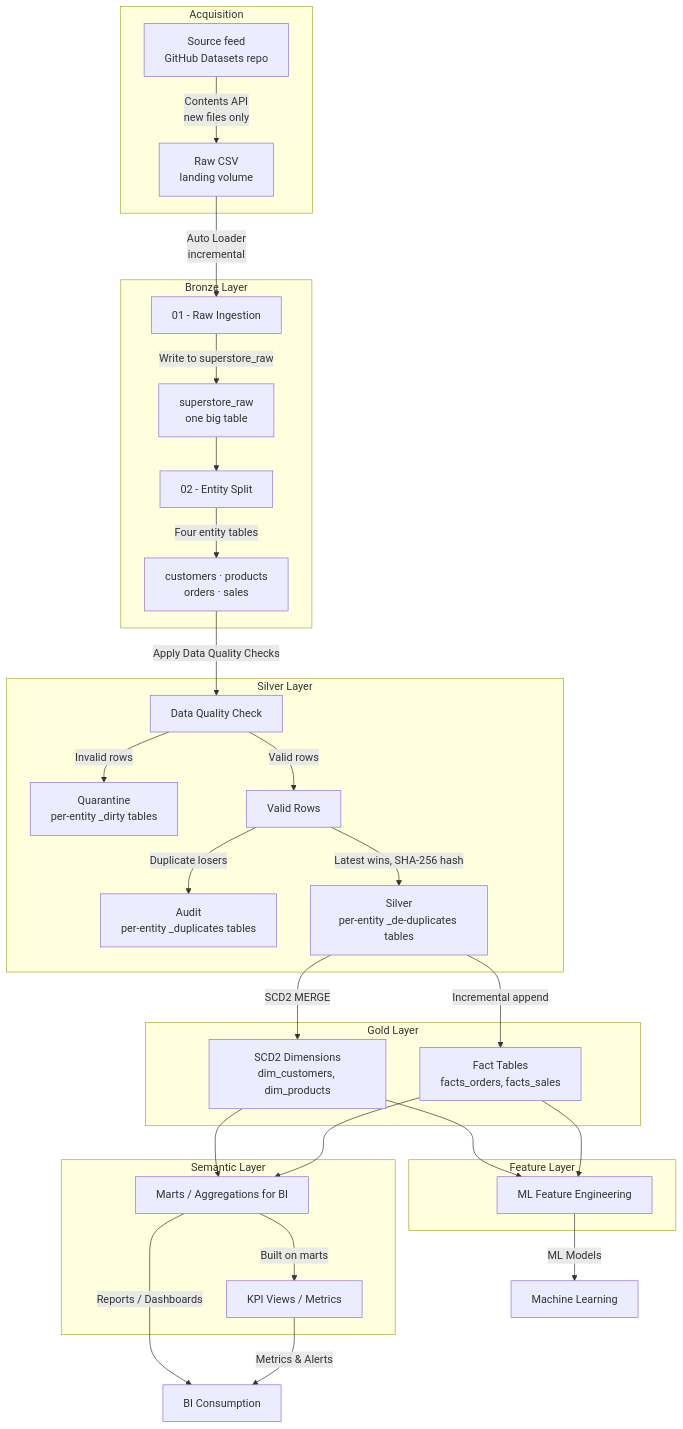
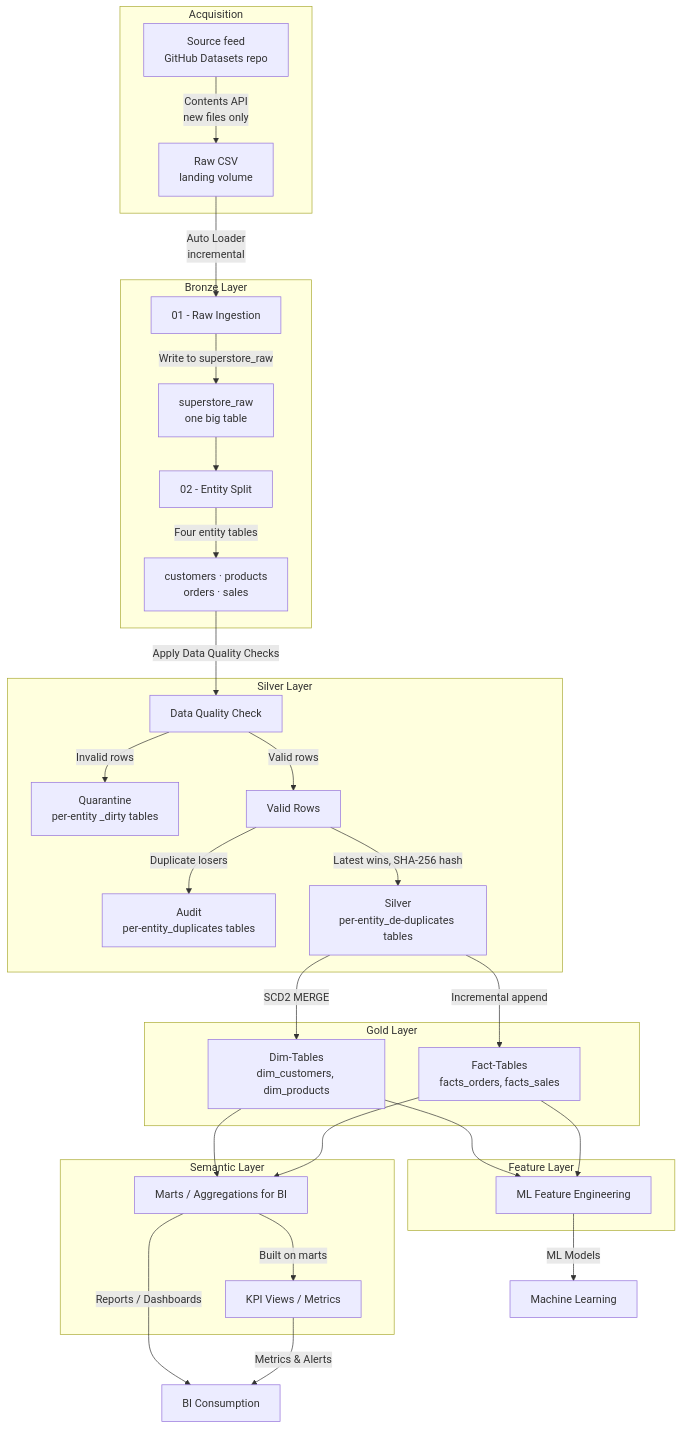
The diagram in README.md (111BM/databricks-lakehouse-platform), drawn with Mermaid before and after one commit.

````diff
--- a/README.md
+++ b/README.md
@@ -15,57 +15,57 @@
 ```mermaid
 flowchart TD
     subgraph ACQ[Acquisition]
         SRC[Source feed<br/>GitHub Datasets repo]
         VOL[Raw CSV<br/>landing volume]
         SRC -->|Contents API<br/>new files only| VOL
     end
 
     subgraph BRONZE[Bronze Layer]
         ING[01 - Raw Ingestion]
         RAW["superstore_raw<br/>one big table"]
         SPLIT[02 - Entity Split]
         ENT["customers · products<br/>orders · sales"]
         ING -->|Write to superstore_raw| RAW
         RAW --> SPLIT
         SPLIT -->|Four entity tables| ENT
     end
 
     subgraph SILVER[Silver Layer]
         DQ[Data Quality Check]
         QUAR["Quarantine<br/>per-entity _dirty tables"]
         GOOD[Valid Rows]
-        AUD["Audit<br/>per-entity _duplicates tables"]
-        SLV["Silver<br/>per-entity _de-duplicates tables"]
+        AUD["Audit<br/>per-entity_duplicates tables"]
+        SLV["Silver<br/>per-entity_de-duplicates tables"]
         DQ -->|Invalid rows| QUAR
         DQ -->|Valid rows| GOOD
         GOOD -->|Duplicate losers| AUD
         GOOD -->|Latest wins, SHA-256 hash| SLV
     end
 
     subgraph GOLD[Gold Layer]
-        DIM["SCD2 Dimensions<br/>dim_customers, dim_products"]
-        FCT["Fact Tables<br/>facts_orders, facts_sales"]
+        DIM["Dim-Tables<br/>dim_customers, dim_products"]
+        FCT["Fact-Tables<br/>facts_orders, facts_sales"]
     end
 
     subgraph SEM[Semantic Layer]
         MARTS[Marts / Aggregations for BI]
         KPI[KPI Views / Metrics]
     end
 
     subgraph FEAT[Feature Layer]
         MLF[ML Feature Engineering]
     end
 
     VOL -->|Auto Loader<br/>incremental| ING
     ENT -->|Apply Data Quality Checks| DQ
     SLV -->|SCD2 MERGE| DIM
     SLV -->|Incremental append| FCT
     DIM --> MARTS
     FCT --> MARTS
     DIM --> MLF
     FCT --> MLF
     MARTS -->|Built on marts| KPI
     MARTS -->|Reports / Dashboards| BI[BI Consumption]
     KPI -->|Metrics & Alerts| BI
     MLF -->|ML Models| MLC[Machine Learning]
 ```
````
